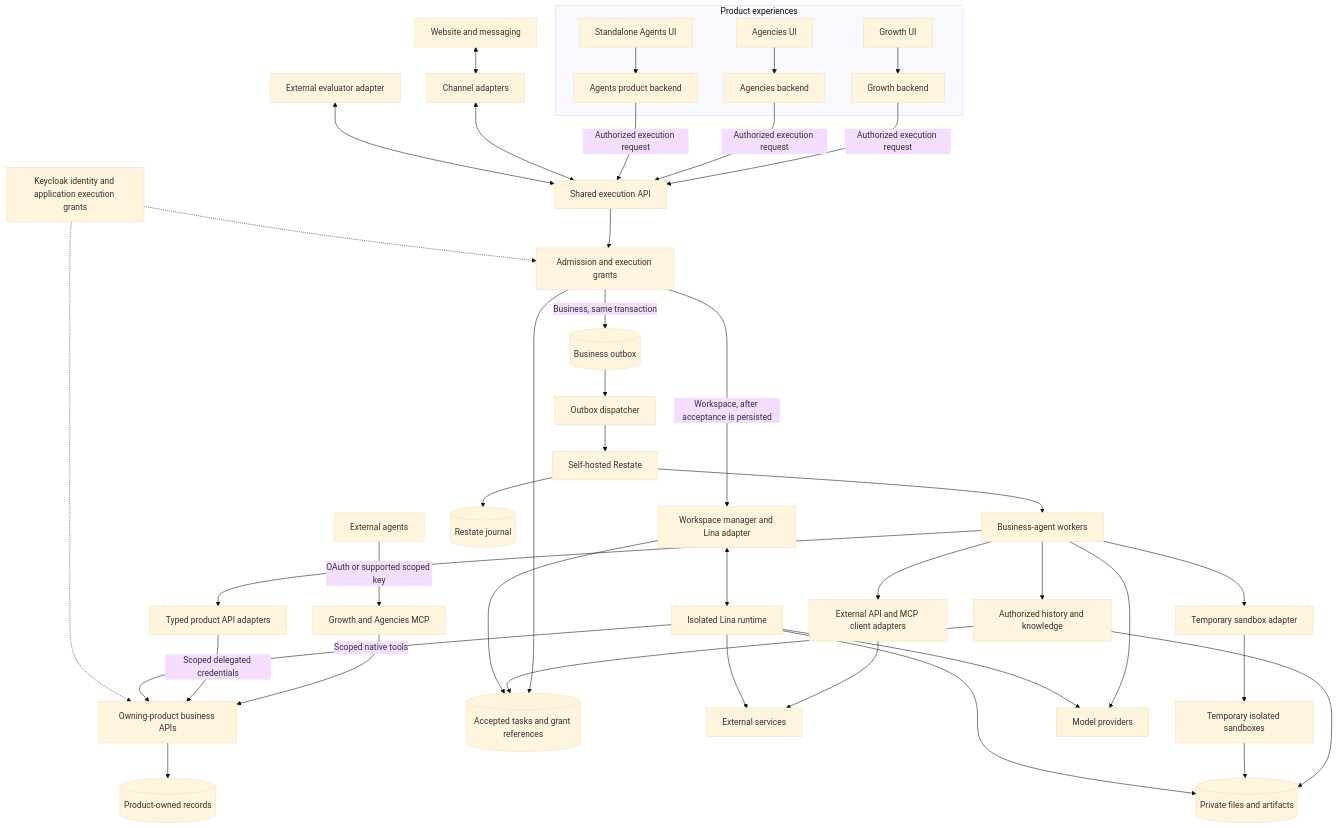
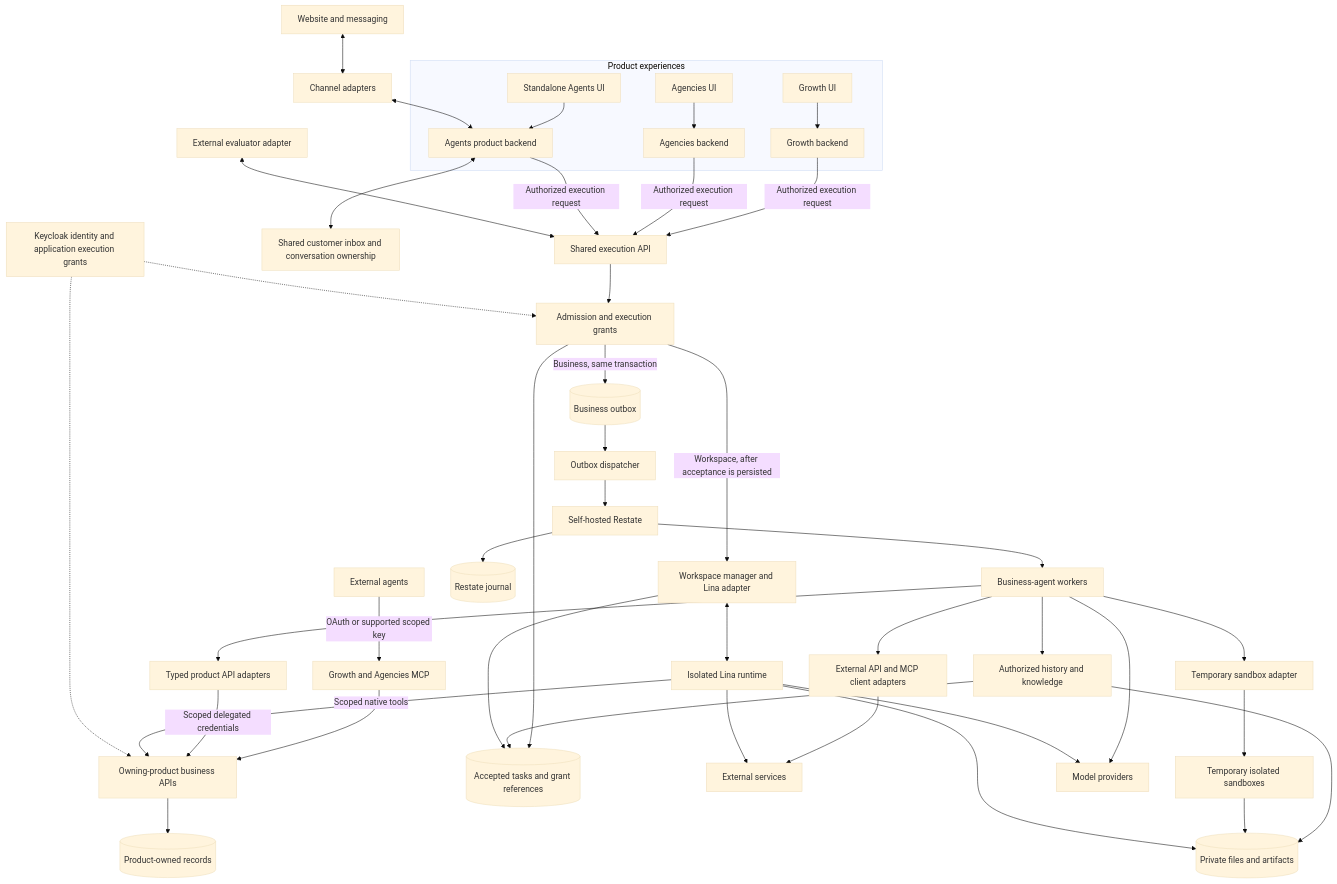
The first of 2 diagrams in products/agents/docs/architecture/agent-platform-architecture.md (iamenochchirima/kastek), drawn with Mermaid (base theme) before and after one commit. The commit also changed other lines of this file and 6 other files, not shown here.

First line of the commit message:
docs(agents): align client scope and shared inbox contracts

````diff
--- a/products/agents/docs/architecture/agent-platform-architecture.md
+++ b/products/agents/docs/architecture/agent-platform-architecture.md
@@ -68,47 +115,48 @@
 ```mermaid
 flowchart TB
   subgraph products[Product experiences]
     growthUi[Growth UI] --> growthBackend[Growth backend]
     agenciesUi[Agencies UI] --> agenciesBackend[Agencies backend]
     agentsUi[Standalone Agents UI] --> agentsBackend[Agents product backend]
   end
   externalAgents[External agents] -->|OAuth or supported scoped key| productMcp[Growth and Agencies MCP]
   productMcp --> productApis[Owning-product business APIs]
   productApis --> productData[(Product-owned records)]
   growthBackend -->|Authorized execution request| executionApi[Shared execution API]
   agenciesBackend -->|Authorized execution request| executionApi
   agentsBackend -->|Authorized execution request| executionApi
   channels[Website and messaging] <--> channelAdapters[Channel adapters]
-  channelAdapters <--> executionApi
+  channelAdapters <--> agentsBackend
+  agentsBackend <--> inbox[Shared customer inbox and conversation ownership]
 
   executionApi --> admission[Admission and execution grants]
   admission --> records[(Accepted tasks and grant references)]
   admission -->|Business, same transaction| outbox[(Business outbox)]
   outbox --> dispatcher[Outbox dispatcher]
   dispatcher --> restate[Self-hosted Restate]
   restate --> workers[Business-agent workers]
   workers --> productAdapters[Typed product API adapters]
   productAdapters -->|Scoped delegated credentials| productApis
   workers --> externalAdapters[External API and MCP client adapters]
   externalAdapters --> providers[External services]
   workers --> context[Authorized history and knowledge]
   context --> records
   context --> objects[(Private files and artifacts)]
   workers --> sandboxAdapter[Temporary sandbox adapter]
   sandboxAdapter --> sandboxes[Temporary isolated sandboxes]
   sandboxes --> objects
   workers --> models[Model providers]
   restate --> journal[(Restate journal)]
 
   admission -->|Workspace, after acceptance is persisted| workspaceManager[Workspace manager and Lina adapter]
   workspaceManager --> records
   workspaceManager <--> lina[Isolated Lina runtime]
   lina -->|Scoped native tools| productApis
   lina --> providers
   lina --> models
   lina --> objects
 
   identity[Keycloak identity and application execution grants] -.-> admission
   identity -.-> productApis
   evaluator[External evaluator adapter] <--> executionApi
 ```
````
